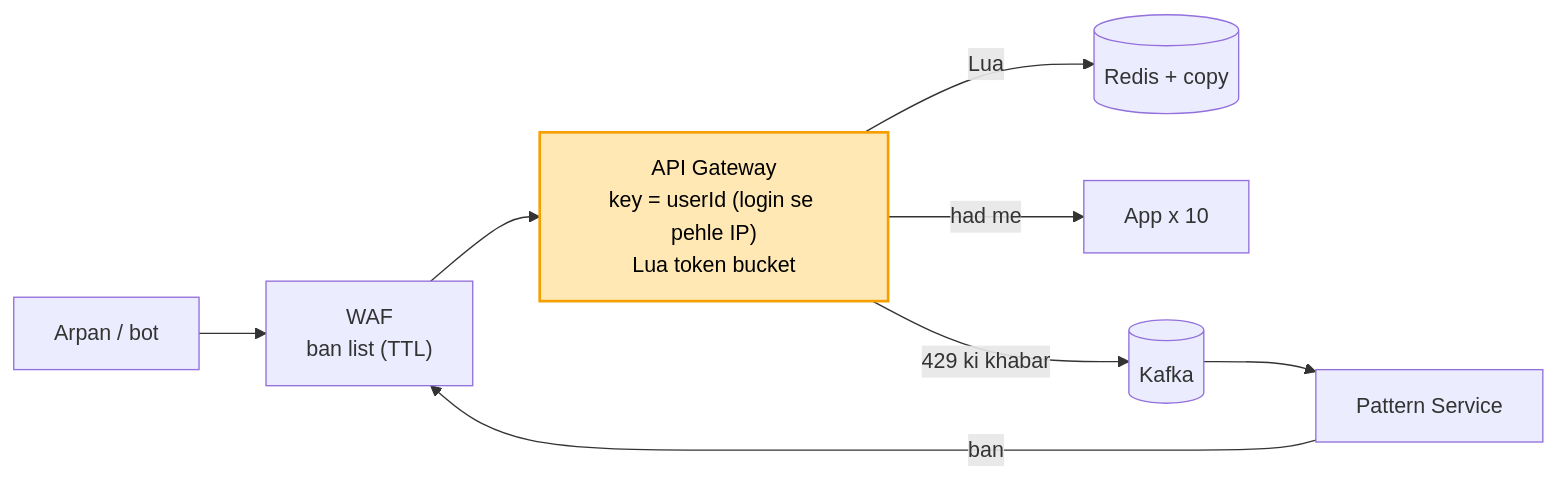
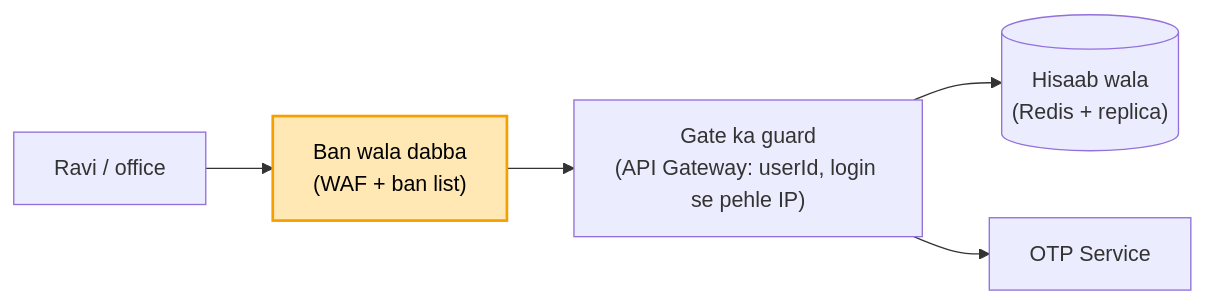
One commit to ArpanMaheshwari144/Prep changed the third of 4 diagrams in 04_HLD/SYSTEM_DESIGNS/02_rate_limiter/02_rate_limiter.md. Above: the diagram before and after it, drawn with Mermaid. The commit also changed other lines of this file and 13 other files, not shown here.

````diff
--- a/04_HLD/SYSTEM_DESIGNS/02_rate_limiter/02_rate_limiter.md
+++ b/04_HLD/SYSTEM_DESIGNS/02_rate_limiter/02_rate_limiter.md
@@ -315,11 +124,8 @@
 ```mermaid
 flowchart LR
-    U["Arpan / bot"] --> W["WAF<br/>ban list (TTL)"]
-    W --> G["API Gateway<br/>key = userId (login se pehle IP)<br/>Lua token bucket"]
-    G -- "Lua" --> R[("Redis + copy")]
-    G -- "had me" --> S["App x 10"]
-    G -- "429 ki khabar" --> K[("Kafka")]
-    K --> P["Pattern Service"]
-    P -- "ban" --> W
-    style G fill:#ffe8b3,stroke:#f59f00,stroke-width:2px,color:#000
+    U["Ravi / office"] --> W["Ban wala dabba<br/>(WAF + ban list)"]
+    W --> G["Gate ka guard<br/>(API Gateway: userId, login se pehle IP)"]
+    G --> R[("Hisaab wala<br/>(Redis + replica)")]
+    G --> O["OTP Service"]
+    style W fill:#ffe8b3,stroke:#f59f00,stroke-width:2px,color:#000
 ```
````
